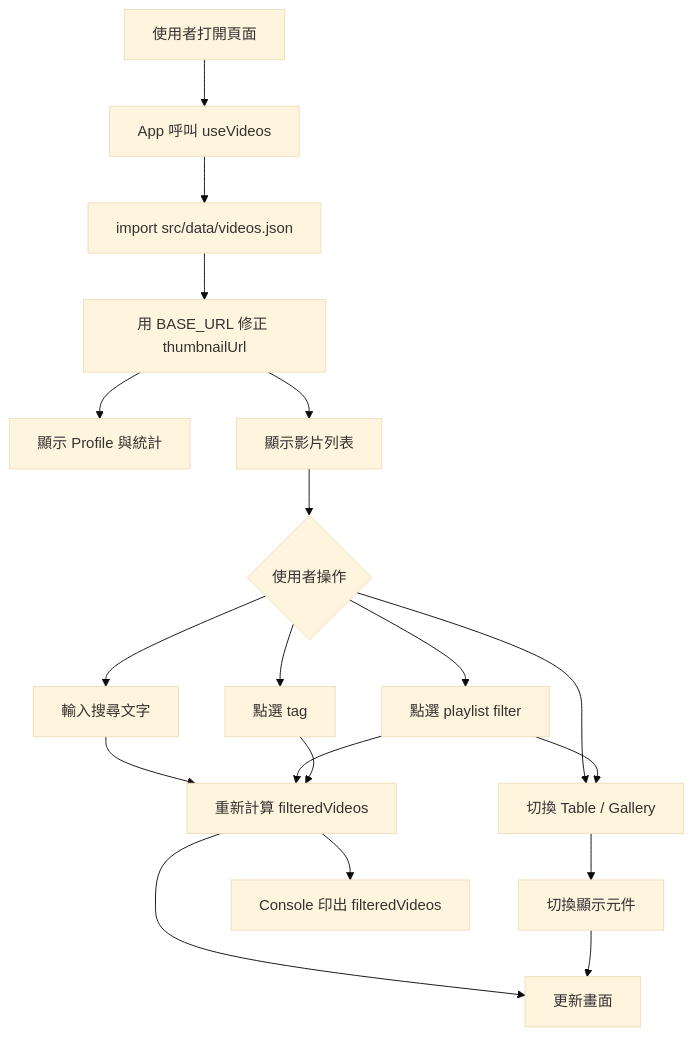
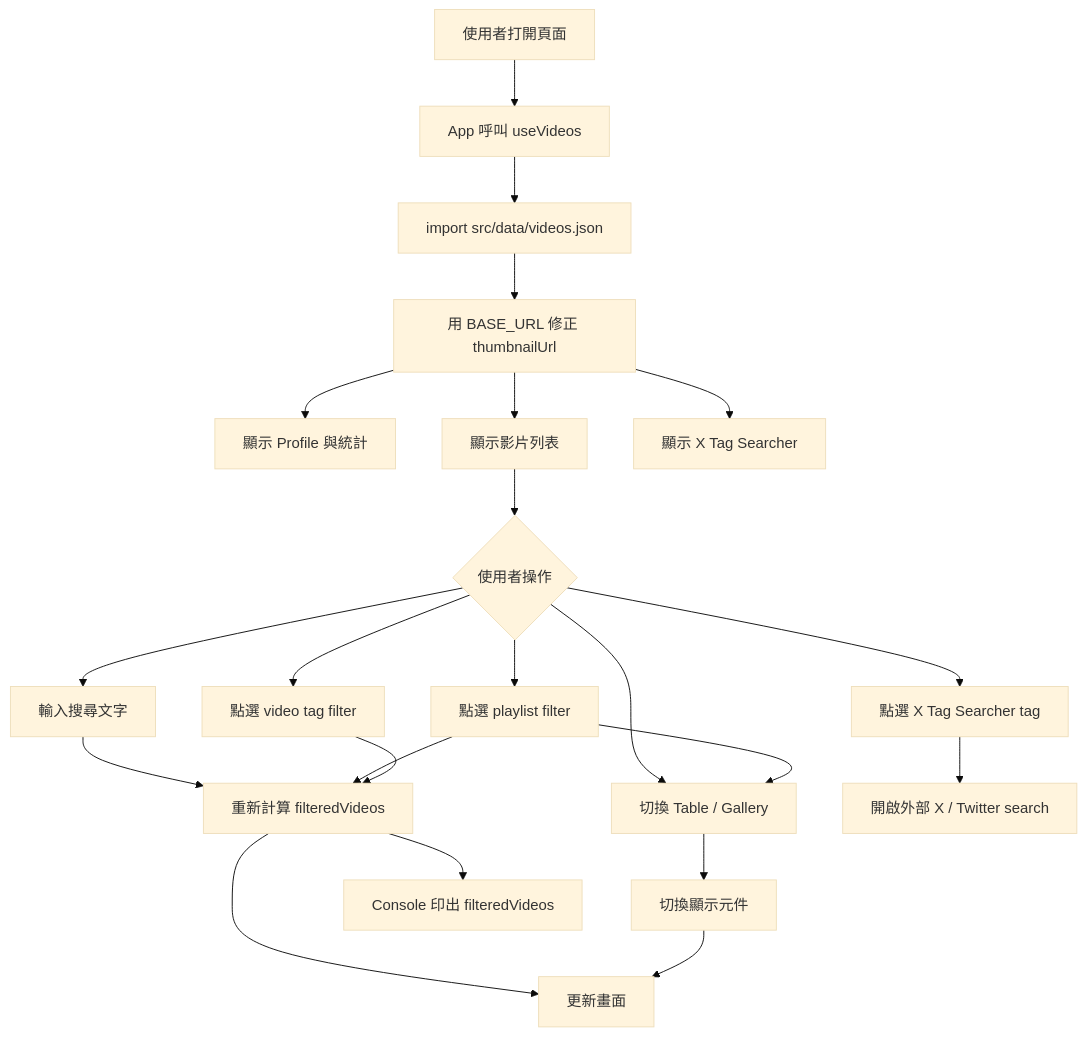
The second of 2 diagrams in docs/ref/legacy-overview/data-flow.md (hsiao93524/vite-vtb-himari-profile), drawn with Mermaid (base theme) before and after one commit. The commit also changed other lines of this file and 3 other files, not shown here.

First line of the commit message:
docs: update X Tag Searcher wording

````diff
--- a/docs/ref/legacy-overview/data-flow.md
+++ b/docs/ref/legacy-overview/data-flow.md
@@ -111,24 +115,27 @@
 ```mermaid
 flowchart TD
   A["使用者打開頁面"] --> B["App 呼叫 useVideos"]
   B --> C["import src/data/videos.json"]
   C --> D["用 BASE_URL 修正 thumbnailUrl"]
   D --> E["顯示 Profile 與統計"]
   D --> F["顯示影片列表"]
+  D --> P["顯示 X Tag Searcher"]
 
   F --> G{"使用者操作"}
   G --> H["輸入搜尋文字"]
   G --> I["點選 playlist filter"]
-  G --> J["點選 tag"]
+  G --> J["點選 video tag filter"]
+  G --> Q["點選 X Tag Searcher tag"]
   G --> K["切換 Table / Gallery"]
 
   I --> K
   H --> L["重新計算 filteredVideos"]
   I --> L
   J --> L
   K --> M["切換顯示元件"]
 
   L --> N["更新畫面"]
   L --> O["Console 印出 filteredVideos"]
   M --> N
+  Q --> R["開啟外部 X / Twitter search"]
 ```
````
